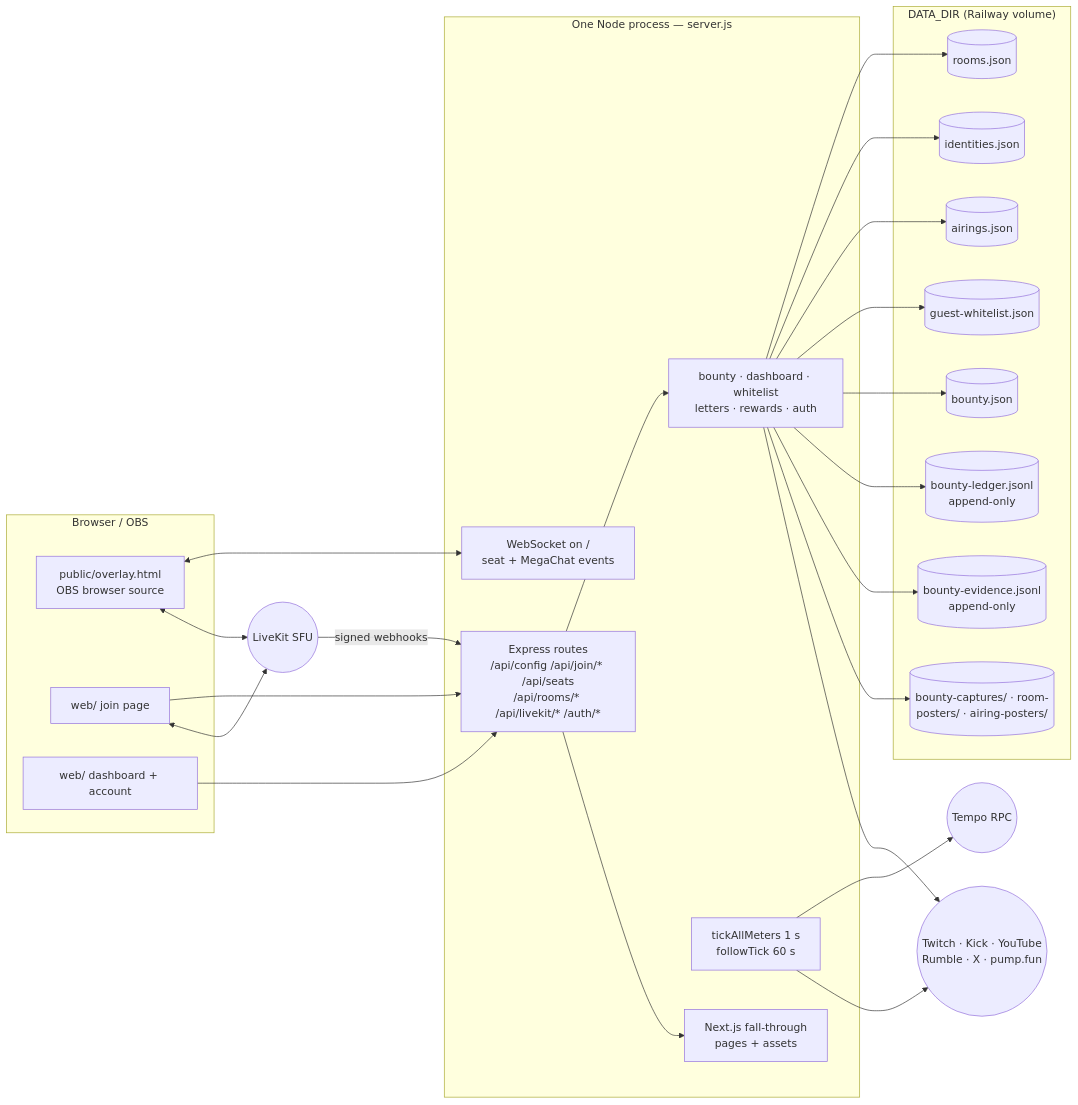
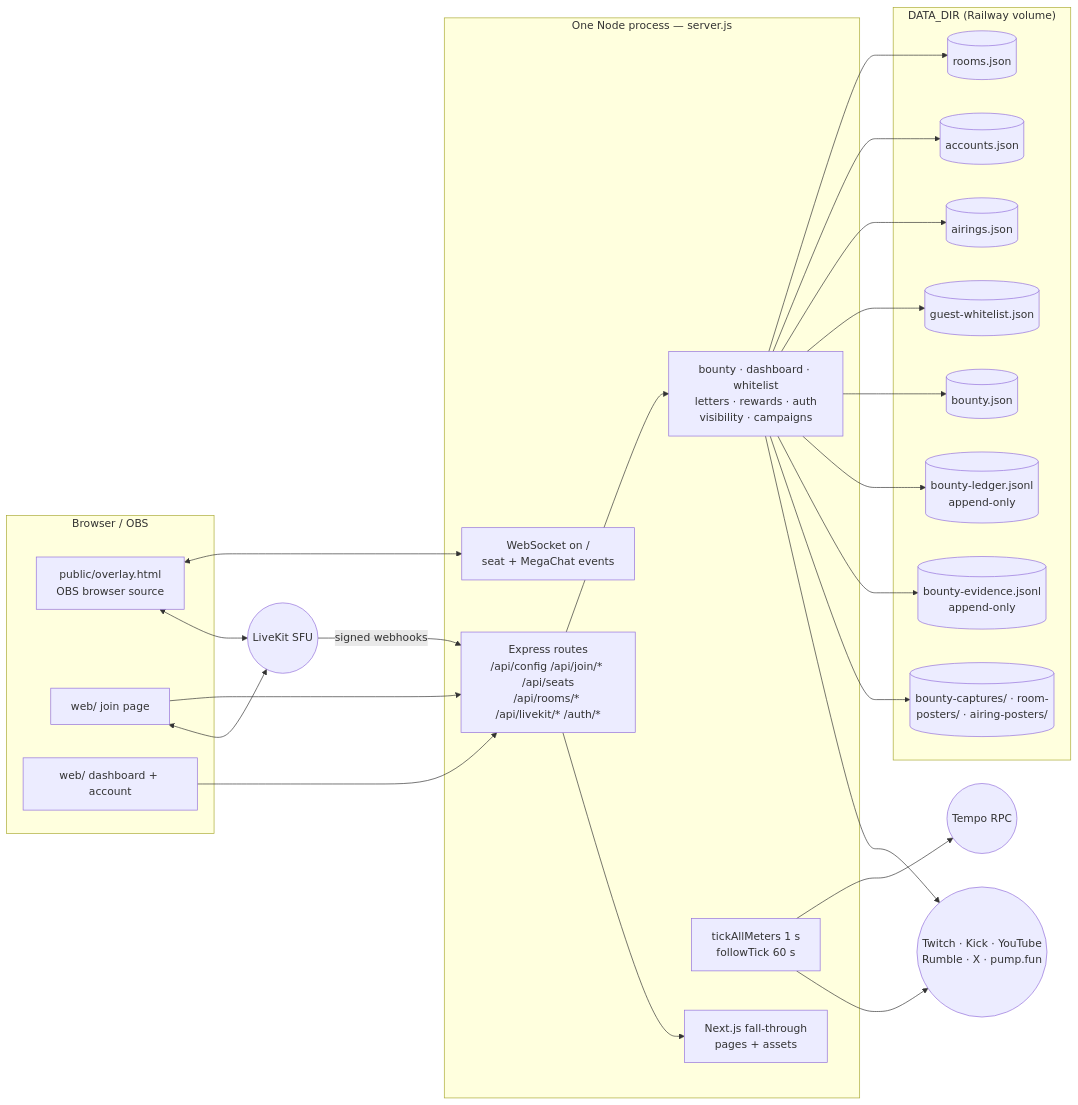
The diagram in docs/technical/architecture.md (jordan9811/MegaChat), drawn with Mermaid before and after one commit. The commit also changed other lines of this file and 293 other files, not shown here.

````diff
--- a/docs/technical/architecture.md
+++ b/docs/technical/architecture.md
@@ -28,41 +30,41 @@
 ```mermaid
 flowchart LR
   subgraph browser["Browser / OBS"]
     OV[public/overlay.html<br/>OBS browser source]
     JP[web/ join page]
     DB[web/ dashboard + account]
   end
   subgraph proc["One Node process — server.js"]
     EX[Express routes<br/>/api/config /api/join/* /api/seats<br/>/api/rooms/* /api/livekit/* /auth/*]
     WS[WebSocket on /<br/>seat + MegaChat events]
     NX[Next.js fall-through<br/>pages + assets]
     LOOPS[tickAllMeters 1 s<br/>followTick 60 s]
-    MODS[bounty · dashboard · whitelist<br/>letters · rewards · auth]
+    MODS[bounty · dashboard · whitelist<br/>letters · rewards · auth<br/>visibility · campaigns]
   end
   subgraph stores["DATA_DIR (Railway volume)"]
     RJ[(rooms.json)]
-    IJ[(identities.json)]
+    IJ[(accounts.json)]
     AJ[(airings.json)]
     GJ[(guest-whitelist.json)]
     BJ[(bounty.json)]
     LEDGER[(bounty-ledger.jsonl<br/>append-only)]
     EVID[(bounty-evidence.jsonl<br/>append-only)]
     CAP[(bounty-captures/ · room-posters/ · airing-posters/)]
   end
   LK((LiveKit SFU))
   CHAIN((Tempo RPC))
   PLAT((Twitch · Kick · YouTube<br/>Rumble · X · pump.fun))
 
   OV <--> WS
   OV <--> LK
   JP --> EX
   JP <--> LK
   DB --> EX
   EX --> MODS
   EX --> NX
   LOOPS --> CHAIN
   MODS --> RJ & IJ & AJ & GJ & BJ & LEDGER & EVID & CAP
   LOOPS --> PLAT
   MODS --> PLAT
   LK -- signed webhooks --> EX
 ```
````
